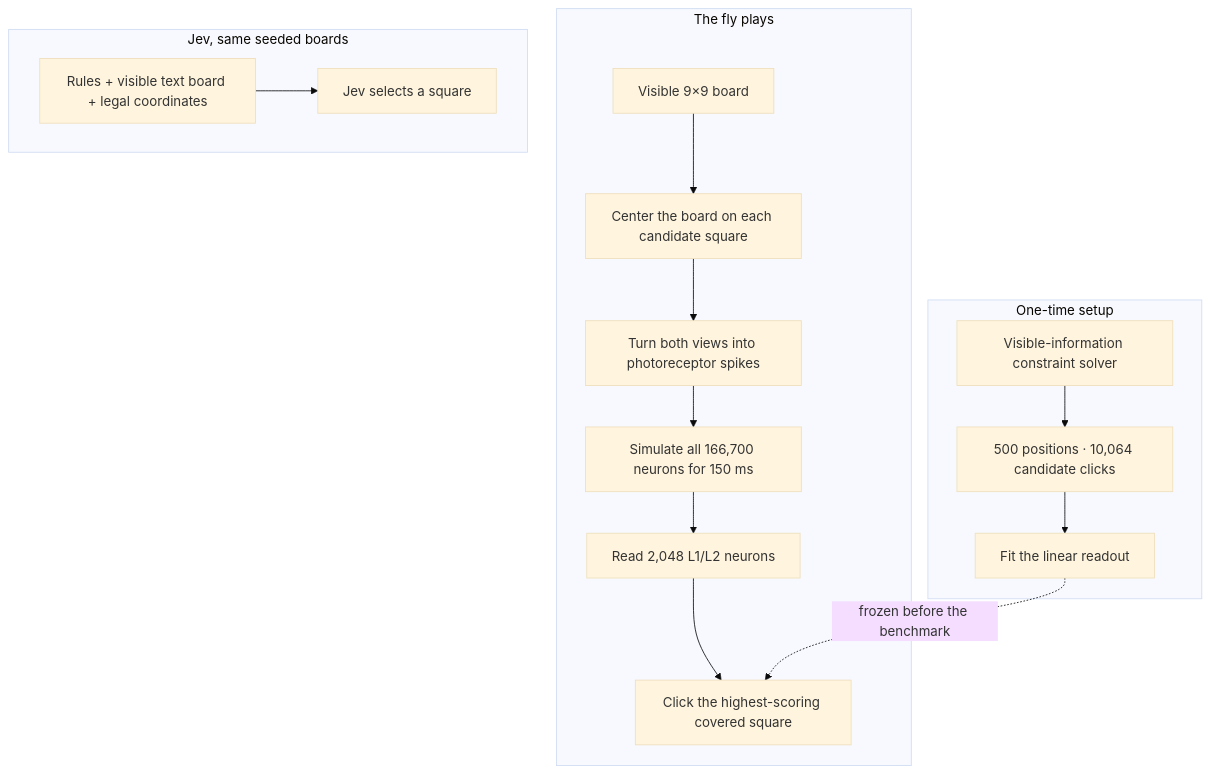
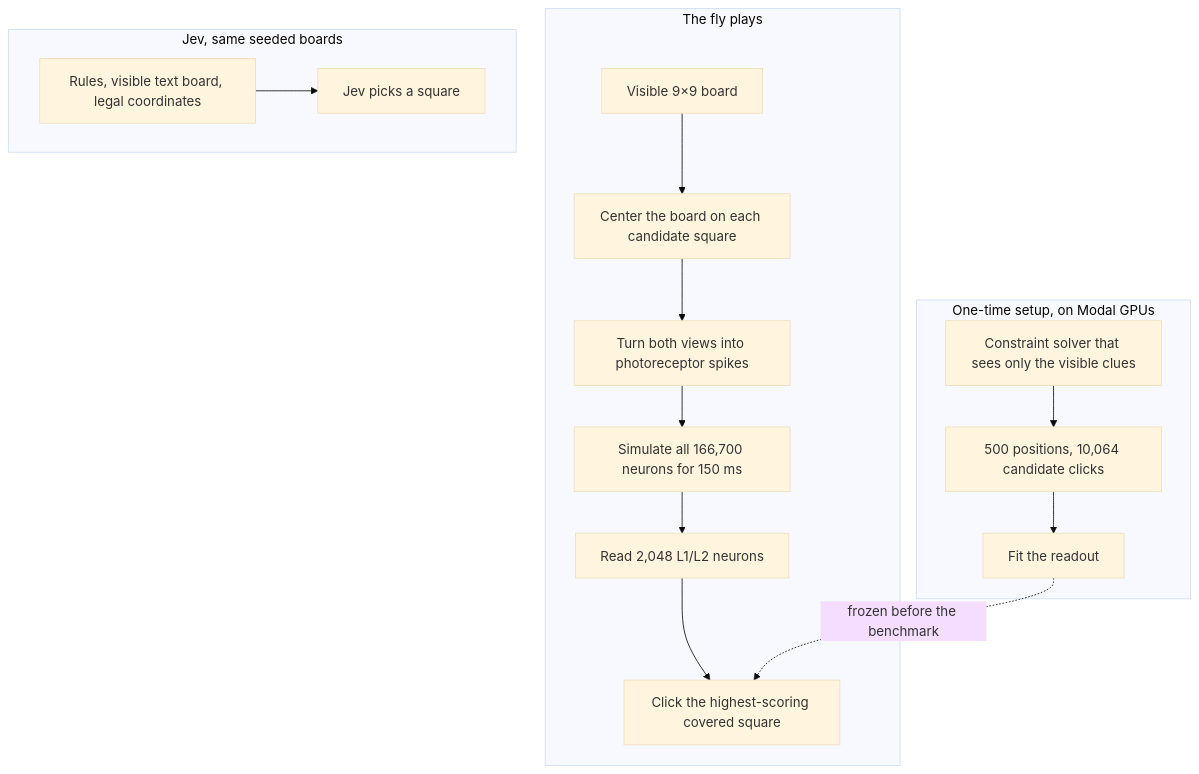
Before and after one commit to EnesYilmazcode/JevMinesweeper: the diagram in README.md, drawn with Mermaid (base theme). The commit also changed other lines of this file, not shown here.

````diff
--- a/README.md
+++ b/README.md
@@ -18,18 +24,18 @@
 ```mermaid
 flowchart TB
   subgraph play["The fly plays"]
     B["Visible 9×9 board"] --> C["Center the board on each candidate square"]
     C --> E["Turn both views into photoreceptor spikes"]
     E --> N["Simulate all 166,700 neurons for 150 ms"]
     N --> R["Read 2,048 L1/L2 neurons"]
     R --> M["Click the highest-scoring covered square"]
   end
-  subgraph setup["One-time setup"]
-    S["Visible-information constraint solver"] --> T["500 positions · 10,064 candidate clicks"]
-    T --> L["Fit the linear readout"]
+  subgraph setup["One-time setup, on Modal GPUs"]
+    S["Constraint solver that sees only the visible clues"] --> T["500 positions, 10,064 candidate clicks"]
+    T --> L["Fit the readout"]
   end
   L -. frozen before the benchmark .-> M
   subgraph jev["Jev, same seeded boards"]
-    J1["Rules + visible text board + legal coordinates"] --> J2["Jev selects a square"]
+    J1["Rules, visible text board, legal coordinates"] --> J2["Jev picks a square"]
   end
 ```
````
